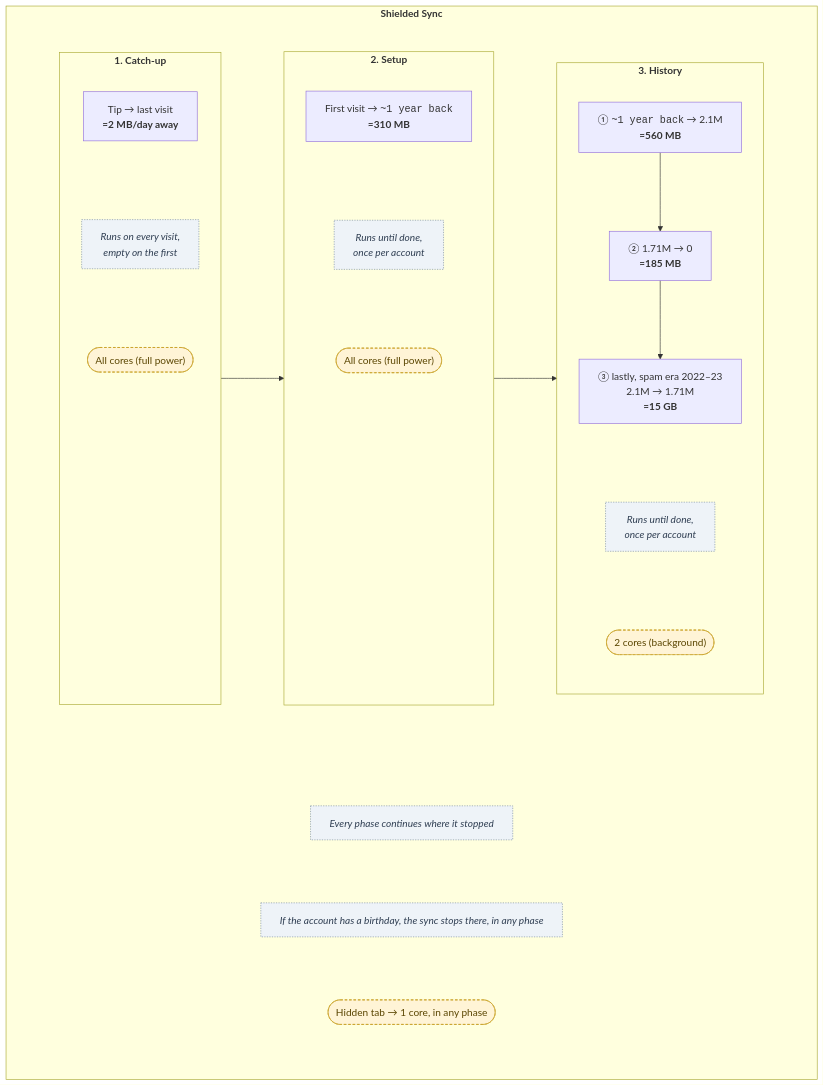
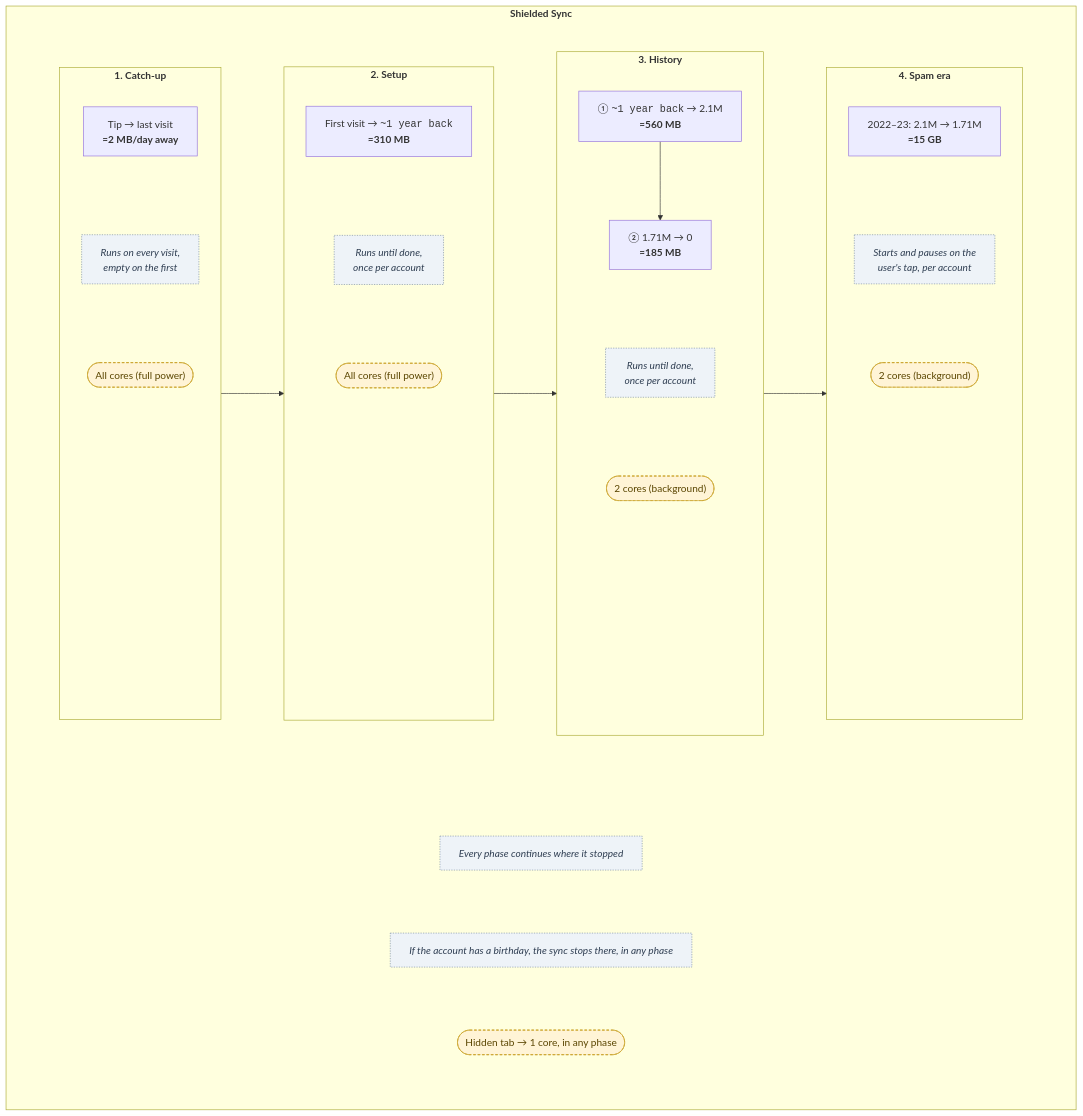
The diagram in apps/app/README.md (anoma/zillions), drawn with Mermaid before and after one commit. The commit also changed other lines of this file and 9 other files, not shown here.

First line of the commit message:
feat: spam era as a user-started fourth phase

````diff
--- a/apps/app/README.md
+++ b/apps/app/README.md
@@ -55,41 +55,46 @@
 ```mermaid
 %%{init: {"flowchart": {"wrappingWidth": 600}}}%%
 flowchart TB
     subgraph sync["<b>Shielded Sync</b>"]
         direction TB
 
         subgraph phases[" "]
             direction LR
 
             subgraph catchup["<b>1. Catch-up</b>"]
                 direction TB
                 c1["Tip → last visit<br/><b>≈2 MB/day away</b>"] ~~~ c2["Runs on every visit,<br/>empty on the first"]:::when ~~~ c0(["All cores (full power)"]):::cores ~~~ cpad1[" "]:::ghost ~~~ cpad2[" "]:::ghost ~~~ cpad3[" "]:::ghost
             end
 
             subgraph setup["<b>2. Setup</b>"]
                 direction TB
                 s1["First visit → <code>~1 year back</code><br/><b>≈310 MB</b>"] ~~~ s2["Runs until done,<br/>once per account"]:::when ~~~ s0(["All cores (full power)"]):::cores ~~~ spad1[" "]:::ghost ~~~ spad2[" "]:::ghost ~~~ spad3[" "]:::ghost
             end
 
             subgraph history["<b>3. History</b>"]
                 direction TB
-                h1["① <code>~1 year back</code> → 2.1M<br/><b>≈560 MB</b>"] --> h2["② 1.71M → 0<br/><b>≈185 MB</b>"] --> h3["③ lastly, spam era 2022–23<br/>2.1M → 1.71M<br/><b>≈15 GB</b>"] ~~~ h4["Runs until done,<br/>once per account"]:::when ~~~ h0(["2 cores (background)"]):::cores
+                h1["① <code>~1 year back</code> → 2.1M<br/><b>≈560 MB</b>"] --> h2["② 1.71M → 0<br/><b>≈185 MB</b>"] ~~~ h4["Runs until done,<br/>once per account"]:::when ~~~ h0(["2 cores (background)"]):::cores ~~~ hpad1[" "]:::ghost ~~~ hpad2[" "]:::ghost
             end
 
-            catchup --> setup --> history
+            subgraph spam["<b>4. Spam era</b>"]
+                direction TB
+                p1["2022–23: 2.1M → 1.71M<br/><b>≈15 GB</b>"] ~~~ p2["Starts and pauses on the<br/>user's tap, per account"]:::when ~~~ p0(["2 cores (background)"]):::cores ~~~ ppad1[" "]:::ghost ~~~ ppad2[" "]:::ghost ~~~ ppad3[" "]:::ghost
+            end
+
+            catchup --> setup --> history --> spam
         end
 
         subgraph rules[" "]
             direction TB
             resume["Every phase continues where it stopped"]:::when ~~~ birthday["If the account has a birthday, the sync stops there, in any phase"]:::when ~~~ hidden(["Hidden tab → 1 core, in any phase"]):::cores
         end
 
         phases ~~~ rules
     end
 
     classDef cores fill:#fff4d6,stroke:#c9a227,stroke-width:1px,stroke-dasharray:4 3,color:#5a4500
     classDef when fill:#eef3f8,stroke:#7a8ca3,stroke-width:1px,stroke-dasharray:2 2,color:#2f3e52,font-style:italic
     classDef ghost fill:none,stroke:none
     style phases fill:none,stroke:none
     style rules fill:none,stroke:none
 ```
````
